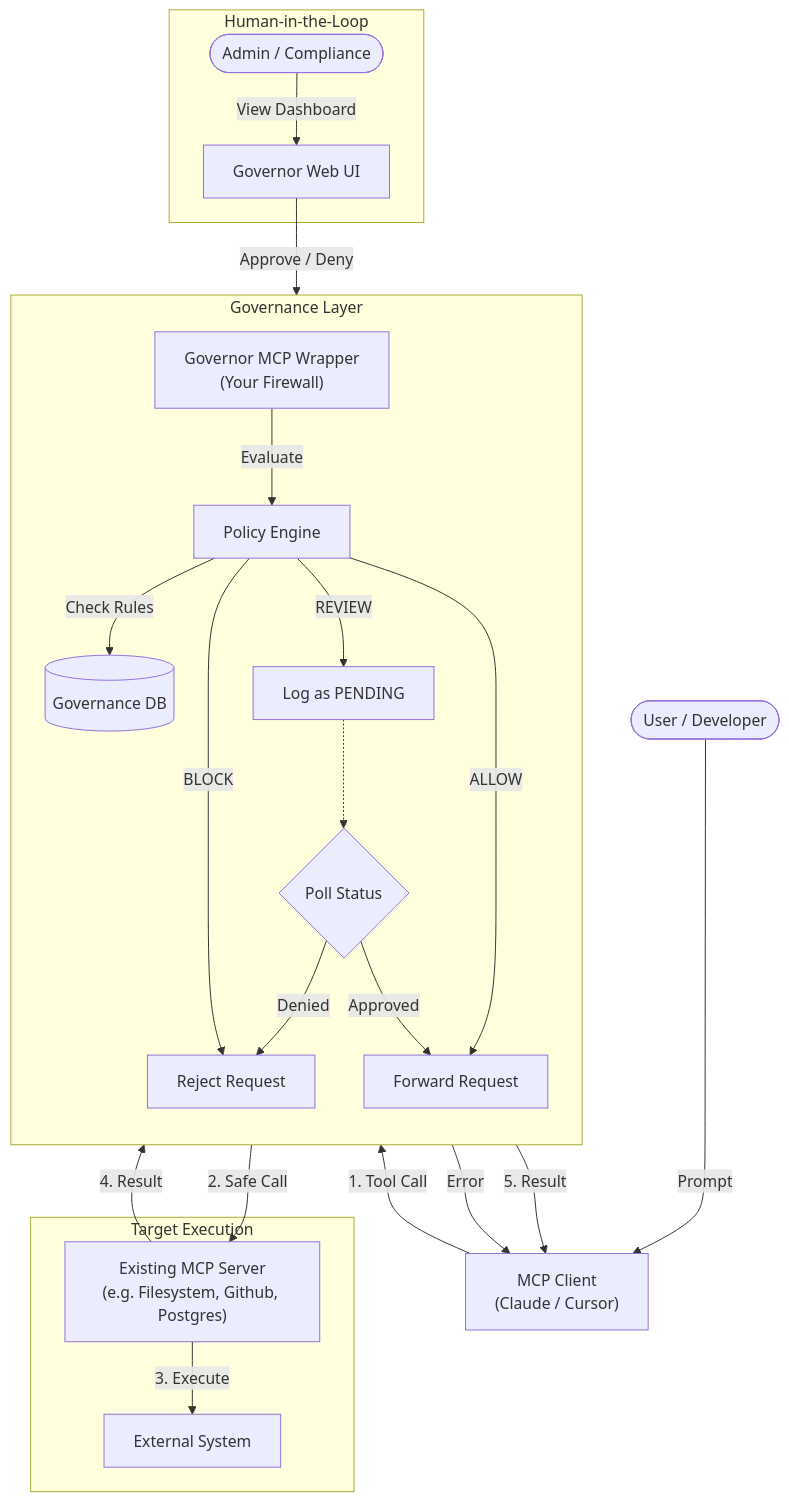
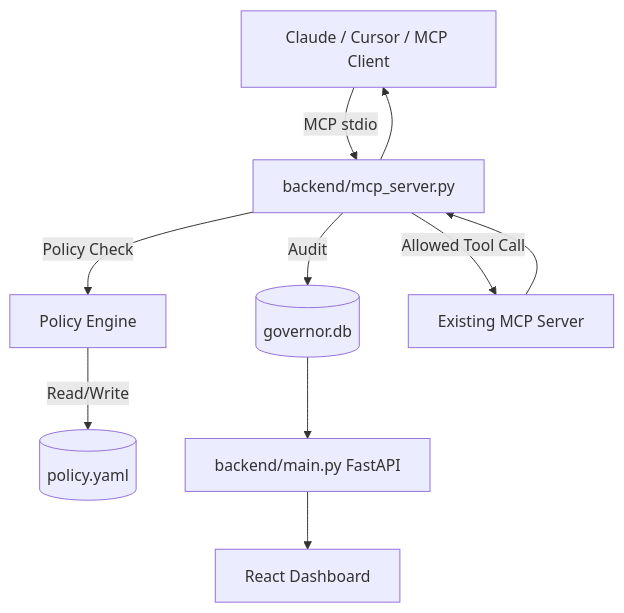
Before and after one commit to Chen-XueWen/armadillo-mcp-wrapper: the diagram in README.md, drawn with Mermaid. The commit also changed other lines of this file and 38 other files, not shown here.

````diff
--- a/README.md
+++ b/README.md
@@ -19,34 +28,14 @@
 ```mermaid
 graph TD
-    User([User / Developer]) -->|Prompt| Client["MCP Client\n(Claude / Cursor)"]
-    Client -->|1. Tool Call| Governor["Governor MCP Wrapper\n(Your Firewall)"]
-    
-    subgraph "Governance Layer"
-        direction TB
-        Governor -->|Evaluate| Policy[Policy Engine]
-        Policy -->|Check Rules| DB[("Governance DB")]
-        
-        Policy -- " BLOCK " --> Reject[Reject Request]
-        Policy -- " REVIEW " --> Pending[Log as PENDING]
-        
-        Pending -.-> Poll{Poll Status}
-        Poll -- Denied --> Reject
-        
-        Policy -- " ALLOW " --> Forward["Forward Request"]
-        Poll -- Approved --> Forward
-    end
-    
-    subgraph "Human-in-the-Loop"
-        Admin([Admin / Compliance]) -->|View Dashboard| WebUI[Governor Web UI]
-        WebUI -->|Approve / Deny| DB
-    end
-    
-    subgraph "Target Execution"
-        Forward -->|2. Safe Call| TargetServer["Existing MCP Server\n(e.g. Filesystem, Github, Postgres)"]
-        TargetServer -->|3. Execute| System[External System]
-    end
-    
-    TargetServer -->|4. Result| Governor
-    Governor -->|5. Result| Client
-    Reject -->|Error| Client
+    Client[Claude / Cursor / MCP Client] -->|MCP stdio| Wrapper[backend/mcp_server.py]
+    Wrapper -->|Policy Check| Engine[Policy Engine]
+    Engine -->|Read/Write| Policy[(policy.yaml)]
+    Wrapper -->|Audit| DB[(governor.db)]
+
+    DB --> API[backend/main.py FastAPI]
+    API --> UI[React Dashboard]
+
+    Wrapper -->|Allowed Tool Call| Upstream[Existing MCP Server]
+    Upstream --> Wrapper
+    Wrapper --> Client
 ```
````
